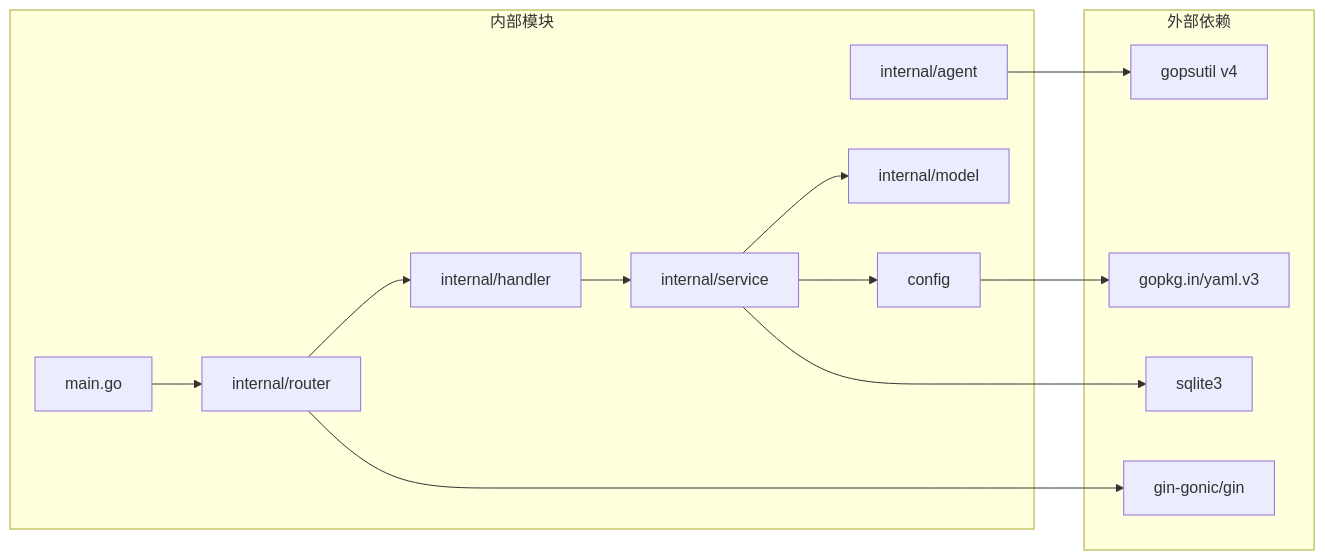
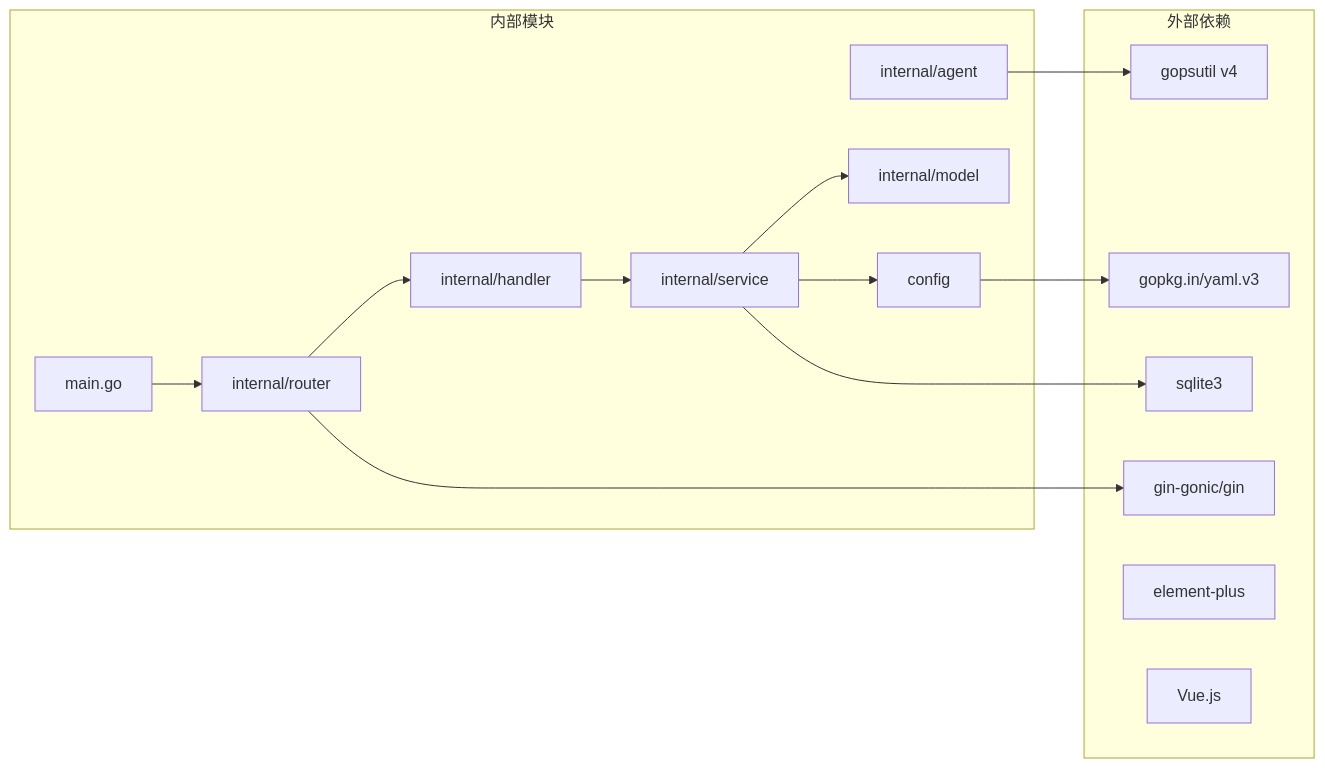
Before and after one commit to Liyuhao02/Jmeter-Admin: the ninth of 9 diagrams in .qoder/repowiki/zh/content/核心业务模块/Slave节点管理系统/实时资源监控.md, drawn with Mermaid. The commit also changed other lines of this file and 34 other files, not shown here.

````diff
--- a/.qoder/repowiki/zh/content/核心业务模块/Slave节点管理系统/实时资源监控.md
+++ b/.qoder/repowiki/zh/content/核心业务模块/Slave节点管理系统/实时资源监控.md
@@ -312,27 +414,29 @@
 ```mermaid
 graph LR
 subgraph "外部依赖"
 gopsutil[gopsutil v4]
 gin[gin-gonic/gin]
 yaml[gopkg.in/yaml.v3]
 sqlite[sqlite3]
+elementplus[element-plus]
+vue[Vue.js]
 end
 subgraph "内部模块"
 main[main.go]
 agent[internal/agent]
 router[internal/router]
 handler[internal/handler]
 service[internal/service]
 model[internal/model]
 config[config]
 end
 main --> router
 router --> handler
 handler --> service
 service --> model
 service --> config
 agent --> gopsutil
 router --> gin
 config --> yaml
 service --> sqlite
 ```
````
